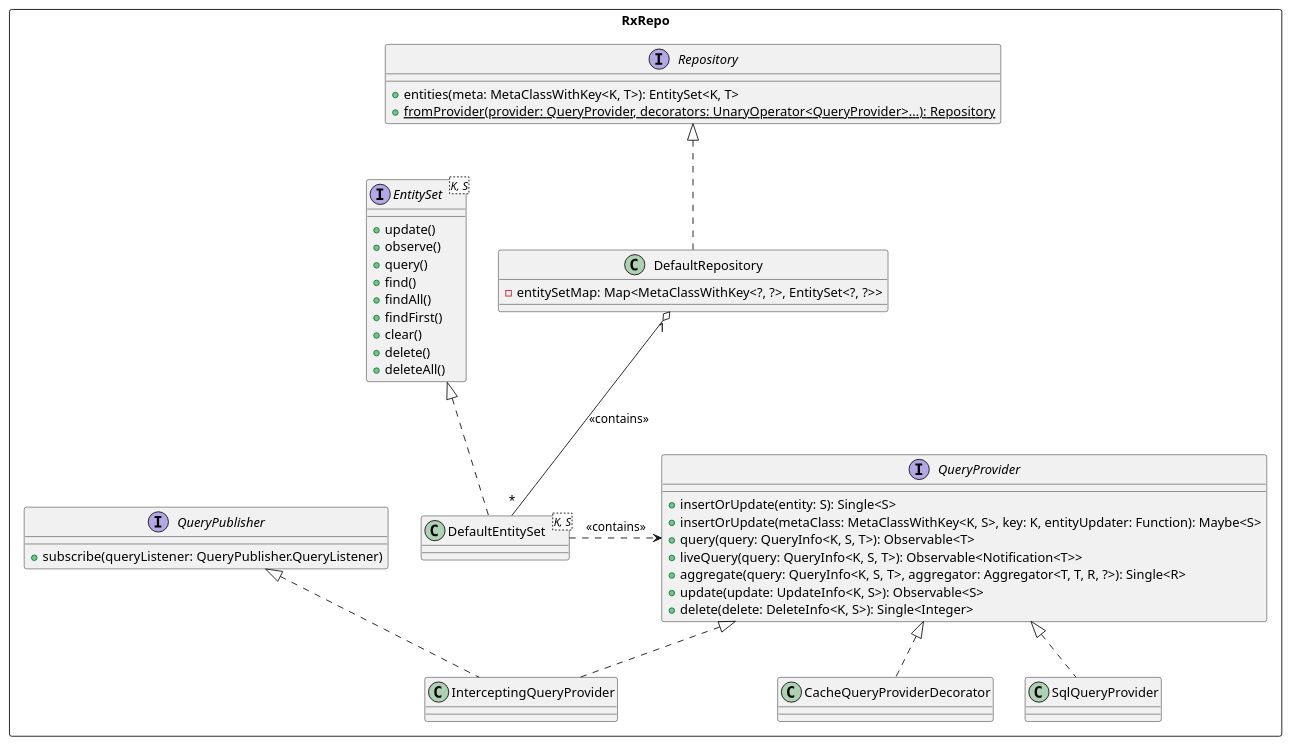
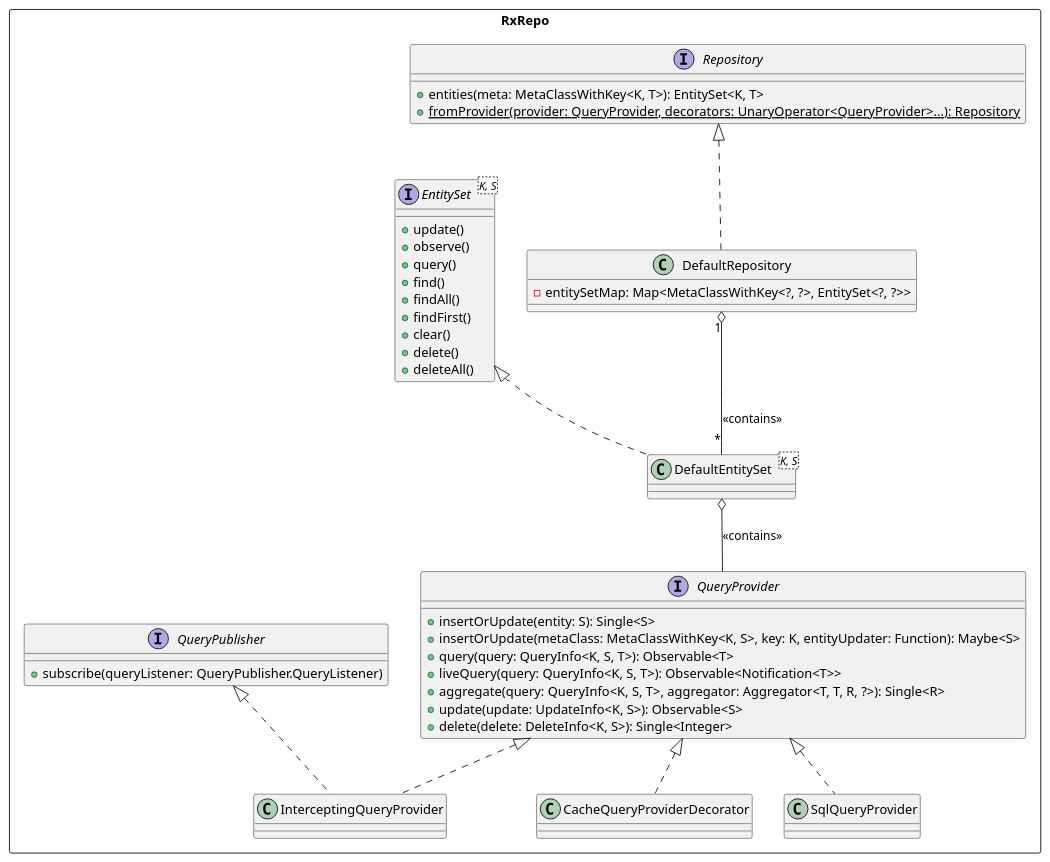
One commit to slim-gears/rxorm changed the diagram in rxrepo-core/uml/query-providers-high-level.puml. Above: the diagram before and after it, drawn with PlantUML. The commit also changed 16 other files, not shown here.

```diff
--- a/rxrepo-core/uml/query-providers-high-level.puml
+++ b/rxrepo-core/uml/query-providers-high-level.puml
@@ -1,46 +1,46 @@
 @startuml
 
 rectangle RxRepo {
 
   interface Repository {
     +entities(meta: MetaClassWithKey<K, T>): EntitySet<K, T>
     +{static}fromProvider(provider: QueryProvider, decorators: UnaryOperator<QueryProvider>...): Repository
   }
   class DefaultRepository implements Repository {
     -entitySetMap: Map<MetaClassWithKey<?, ?>, EntitySet<?, ?>>
   }
 
   interface EntitySet<K, S> {
     +update()
     +observe()
     +query()
     +find()
     +findAll()
     +findFirst()
     +clear()
     +delete()
     +deleteAll()
   }
   class DefaultEntitySet<K, S> implements EntitySet
 
   interface QueryProvider {
     +insertOrUpdate(entity: S): Single<S>
     +insertOrUpdate(metaClass: MetaClassWithKey<K, S>, key: K, entityUpdater: Function): Maybe<S>
     +query(query: QueryInfo<K, S, T>): Observable<T>
     +liveQuery(query: QueryInfo<K, S, T>): Observable<Notification<T>>
     +aggregate(query: QueryInfo<K, S, T>, aggregator: Aggregator<T, T, R, ?>): Single<R>
     +update(update: UpdateInfo<K, S>): Observable<S>
     +delete(delete: DeleteInfo<K, S>): Single<Integer>
   }
   interface QueryPublisher {
     +subscribe(queryListener: QueryPublisher.QueryListener)
   }
   class SqlQueryProvider implements QueryProvider
   class CacheQueryProviderDecorator implements QueryProvider
   class InterceptingQueryProvider implements QueryProvider, QueryPublisher
 }
 
 DefaultRepository "1" o-- "*" DefaultEntitySet: <<contains>>
-DefaultEntitySet .> QueryProvider: <<contains>>
+DefaultEntitySet o-- QueryProvider: <<contains>>
 
 @enduml
```
